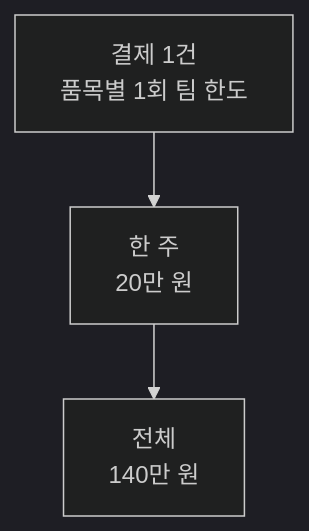
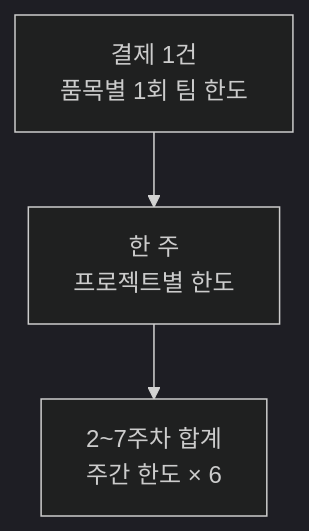
One commit to chuloh-careerhigh/careerhigh_workexp_2608 changed the first of 2 diagrams in team-activity/expenses/usage-principles.mdx. Above: the diagram before and after it, drawn with Mermaid (dark theme). The commit also changed other lines of this file and 3 other files, not shown here.

````diff
--- a/team-activity/expenses/usage-principles.mdx
+++ b/team-activity/expenses/usage-principles.mdx
@@ -35,4 +46,4 @@
 ```mermaid
 flowchart TD
-  P["결제 1건<br/>품목별 1회 팀 한도"] --> W["한 주<br/>20만 원"] --> A["전체<br/>140만 원"]
+  P["결제 1건<br/>품목별 1회 팀 한도"] --> W["한 주<br/>프로젝트별 한도"] --> A["2~7주차 합계<br/>주간 한도 × 6"]
 ```
````
